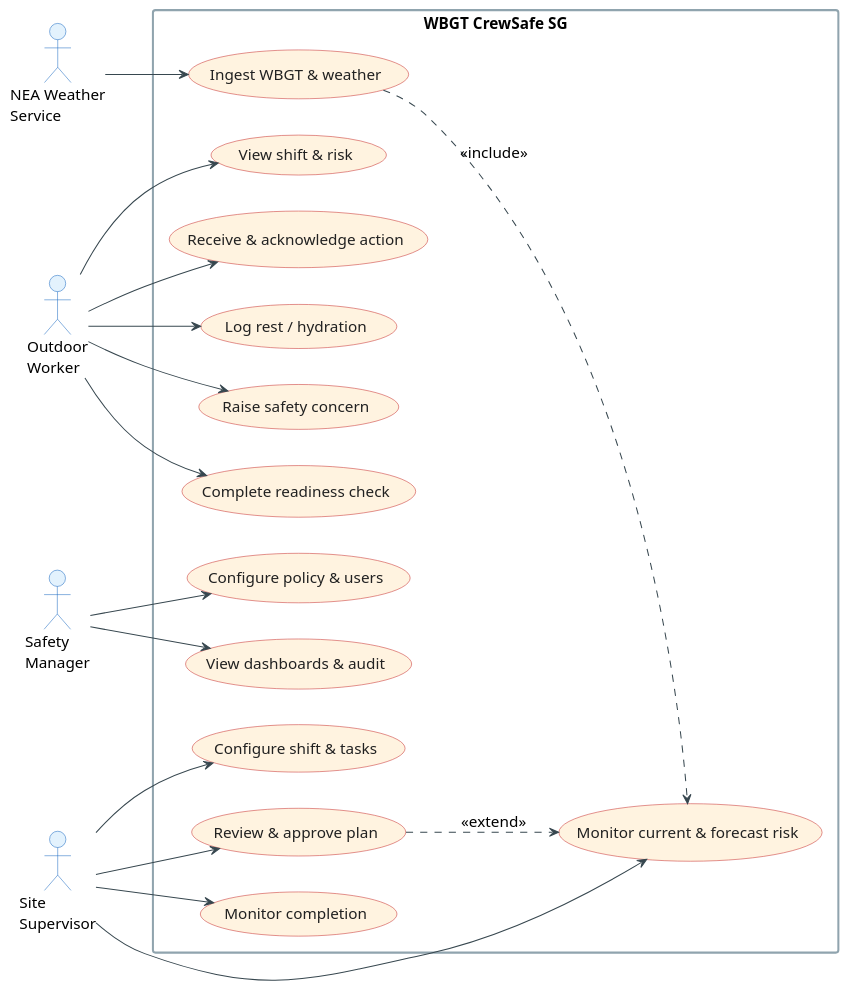
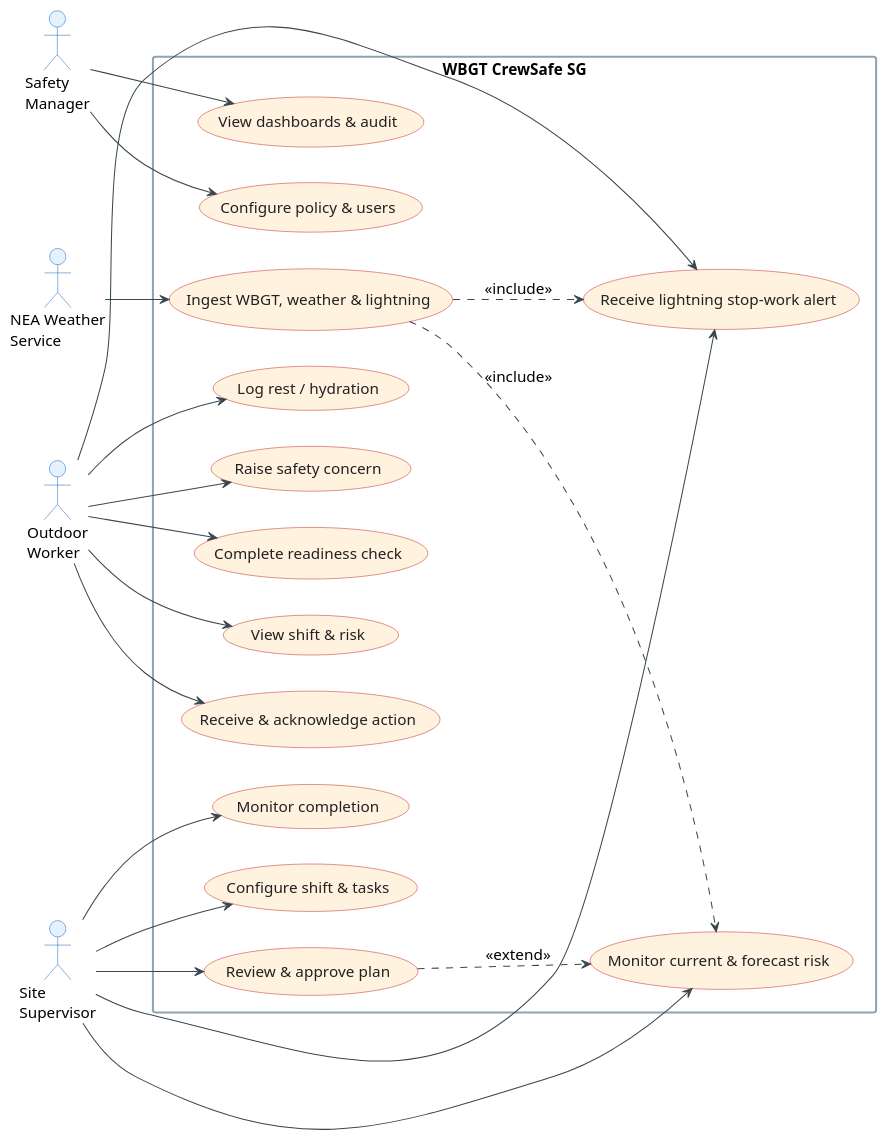
Before and after one commit to zctiong-iss/crewsafe: the diagram in proposal-deliverables/assets/usecase.puml, drawn with PlantUML. The commit also changed 8 other files, not shown here.

Commit message:
Enhance WBGT CrewSafe SG proposal with lightning risk integration and update related documentation

```diff
--- a/proposal-deliverables/assets/usecase.puml
+++ b/proposal-deliverables/assets/usecase.puml
@@ -1,62 +1,66 @@
 @startuml usecase
 skinparam backgroundColor transparent
 skinparam shadowing false
 skinparam defaultFontName Helvetica
 skinparam defaultFontSize 15
 skinparam ArrowColor #37474F
 skinparam packageStyle rectangle
 
 skinparam actor {
   BorderColor #1565C0
   BackgroundColor #E3F2FD
 }
 skinparam usecase {
   BorderColor #C62828
   BackgroundColor #FFF3E0
   FontColor #212121
 }
 skinparam rectangle {
   BorderColor #90A4AE
   BorderThickness 2
 }
 
 left to right direction
 
 actor "Outdoor\nWorker" as W
 actor "Site\nSupervisor" as S
 actor "Safety\nManager" as M
 actor "NEA Weather\nService" as N
 
 rectangle "WBGT CrewSafe SG" {
   usecase "Complete readiness check" as UC1
   usecase "View shift & risk" as UC2
   usecase "Receive & acknowledge action" as UC3
   usecase "Log rest / hydration" as UC4
   usecase "Raise safety concern" as UC5
   usecase "Configure shift & tasks" as UC6
   usecase "Monitor current & forecast risk" as UC7
   usecase "Review & approve plan" as UC8
   usecase "Monitor completion" as UC9
   usecase "Configure policy & users" as UC10
   usecase "View dashboards & audit" as UC11
-  usecase "Ingest WBGT & weather" as UC12
+  usecase "Ingest WBGT, weather & lightning" as UC12
+  usecase "Receive lightning stop-work alert" as UC13
 }
 
 W --> UC1
 W --> UC2
 W --> UC3
 W --> UC4
 W --> UC5
+W --> UC13
 
 S --> UC6
 S --> UC7
 S --> UC8
 S --> UC9
+S --> UC13
 
 M --> UC10
 M --> UC11
 
 N --> UC12
 UC12 ..> UC7 : <<include>>
+UC12 ..> UC13 : <<include>>
 UC8 ..> UC7 : <<extend>>
 @enduml
```
